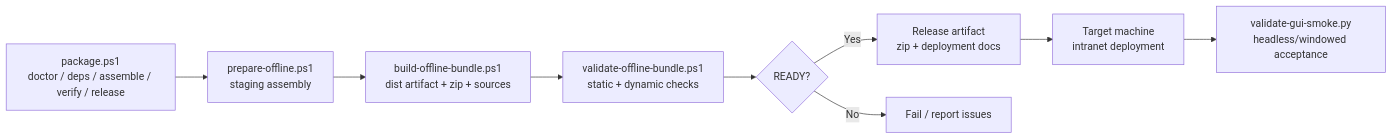
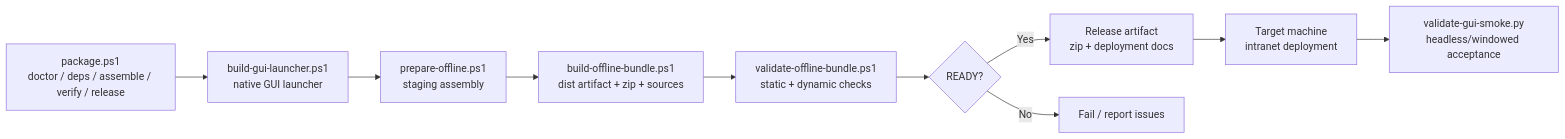
One commit to czh869452912/ccode-win7 changed the diagram in docs/modules/packaging-and-deployment.md. Above: the diagram before and after it, drawn with Mermaid. The commit also changed other lines of this file and 7 other files, not shown here.

Commit message:
docs: document native GUI bundle launcher

````diff
--- a/docs/modules/packaging-and-deployment.md
+++ b/docs/modules/packaging-and-deployment.md
@@ -98,11 +103,12 @@
 ```mermaid
 flowchart LR
-    A["package.ps1<br/>doctor / deps / assemble / verify / release"] --> B["prepare-offline.ps1<br/>staging assembly"]
+    A["package.ps1<br/>doctor / deps / assemble / verify / release"] --> L["build-gui-launcher.ps1<br/>native GUI launcher"]
+    L --> B["prepare-offline.ps1<br/>staging assembly"]
     B --> C["build-offline-bundle.ps1<br/>dist artifact + zip + sources"]
     C --> D["validate-offline-bundle.ps1<br/>static + dynamic checks"]
     D --> E{READY?}
     E -->|Yes| F["Release artifact<br/>zip + deployment docs"]
     E -->|No| G["Fail / report issues"]
     F --> H["Target machine<br/>intranet deployment"]
     H --> I["validate-gui-smoke.py<br/>headless/windowed acceptance"]
 ```
````
